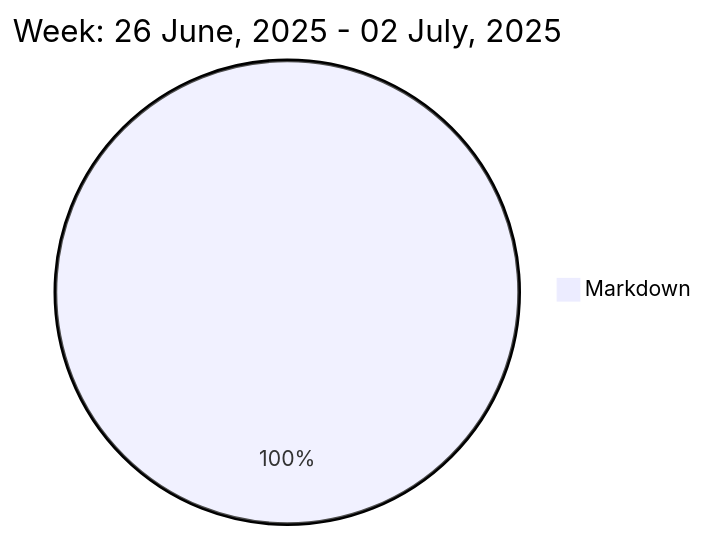
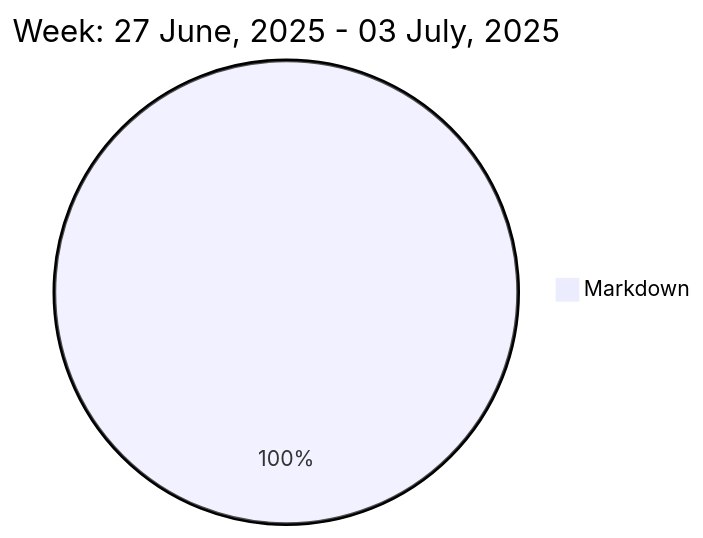
Before and after one commit to liubin95/liubin95: the diagram in README.md, drawn with Mermaid.

Commit message:
Updated the Graph with new Metrics

````diff
--- a/README.md
+++ b/README.md
@@ -37,5 +37,5 @@
 ```mermaid
  pie
-title Week: 26 June, 2025 - 02 July, 2025
- "Markdown" : 2.73
+title Week: 27 June, 2025 - 03 July, 2025
+ "Markdown" : 3.45
 ```
````
